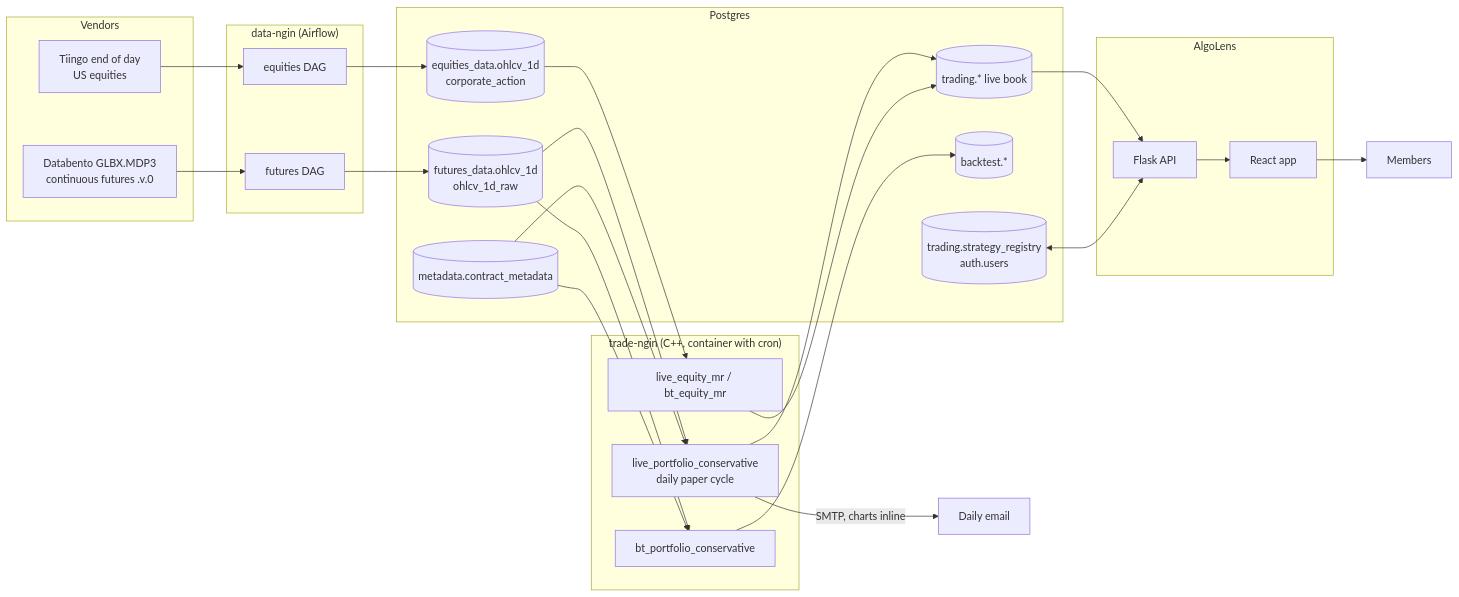
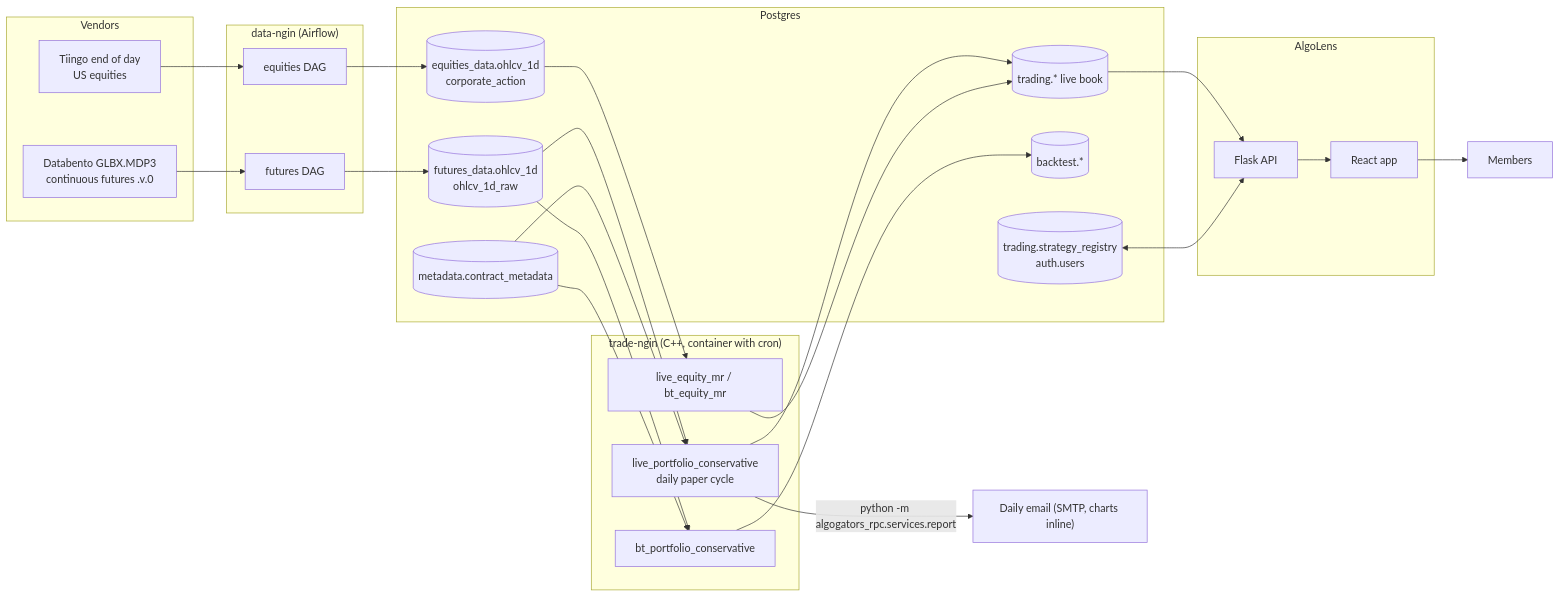
Before and after one commit to AlgoGators/algogators: the first of 3 diagrams in services/trade-ngin/docs/SYSTEM_ARCHITECTURE.md, drawn with Mermaid. The commit also changed other lines of this file and 99 other files, not shown here.

First line of the commit message:
Book e-mail: the Python report (AlgoLens design) is the only path; C++ e-mail removed; handoff reverted (#261)

````diff
--- a/services/trade-ngin/docs/SYSTEM_ARCHITECTURE.md
+++ b/services/trade-ngin/docs/SYSTEM_ARCHITECTURE.md
@@ -39,47 +39,47 @@
 ```mermaid
 flowchart LR
   subgraph vendors["Vendors"]
     DBN["Databento GLBX.MDP3<br/>continuous futures .v.0"]
     TII["Tiingo end of day<br/>US equities"]
   end
 
   subgraph dn["data-ngin (Airflow)"]
     DAG1["futures DAG"]
     DAG2["equities DAG"]
   end
 
   subgraph pg["Postgres"]
     FD[("futures_data.ohlcv_1d<br/>ohlcv_1d_raw")]
     ED[("equities_data.ohlcv_1d<br/>corporate_action")]
     MD[("metadata.contract_metadata")]
     TR[("trading.* live book")]
     BT[("backtest.*")]
     REG[("trading.strategy_registry<br/>auth.users")]
   end
 
   subgraph tn["trade-ngin (C++, container with cron)"]
     LIVE["live_portfolio_conservative<br/>daily paper cycle"]
     BTR["bt_portfolio_conservative"]
     EQR["live_equity_mr / bt_equity_mr"]
   end
 
   subgraph al["AlgoLens"]
     API["Flask API"]
     SPA["React app"]
   end
 
   DBN --> DAG1 --> FD
   TII --> DAG2 --> ED
   FD --> LIVE
   FD --> BTR
   ED --> EQR
   MD --> LIVE
   MD --> BTR
   LIVE --> TR
   EQR --> TR
   BTR --> BT
   TR --> API
   REG <--> API
   API --> SPA --> USERS["Members"]
-  LIVE -->|"SMTP, charts inline"| MAIL["Daily email"]
+  LIVE -->|"python -m algogators_rpc.services.report"| MAIL["Daily email (SMTP, charts inline)"]
 ```
````
